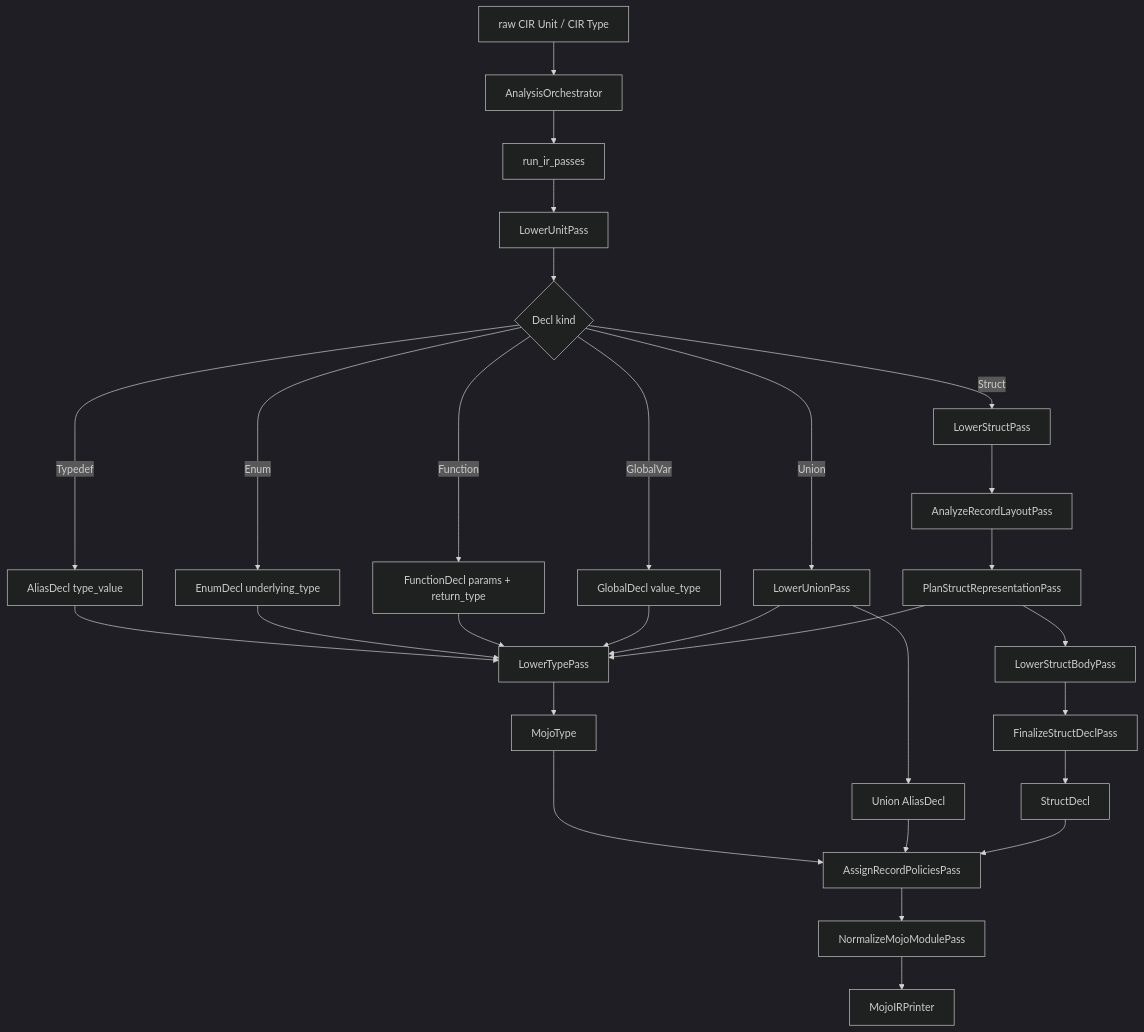
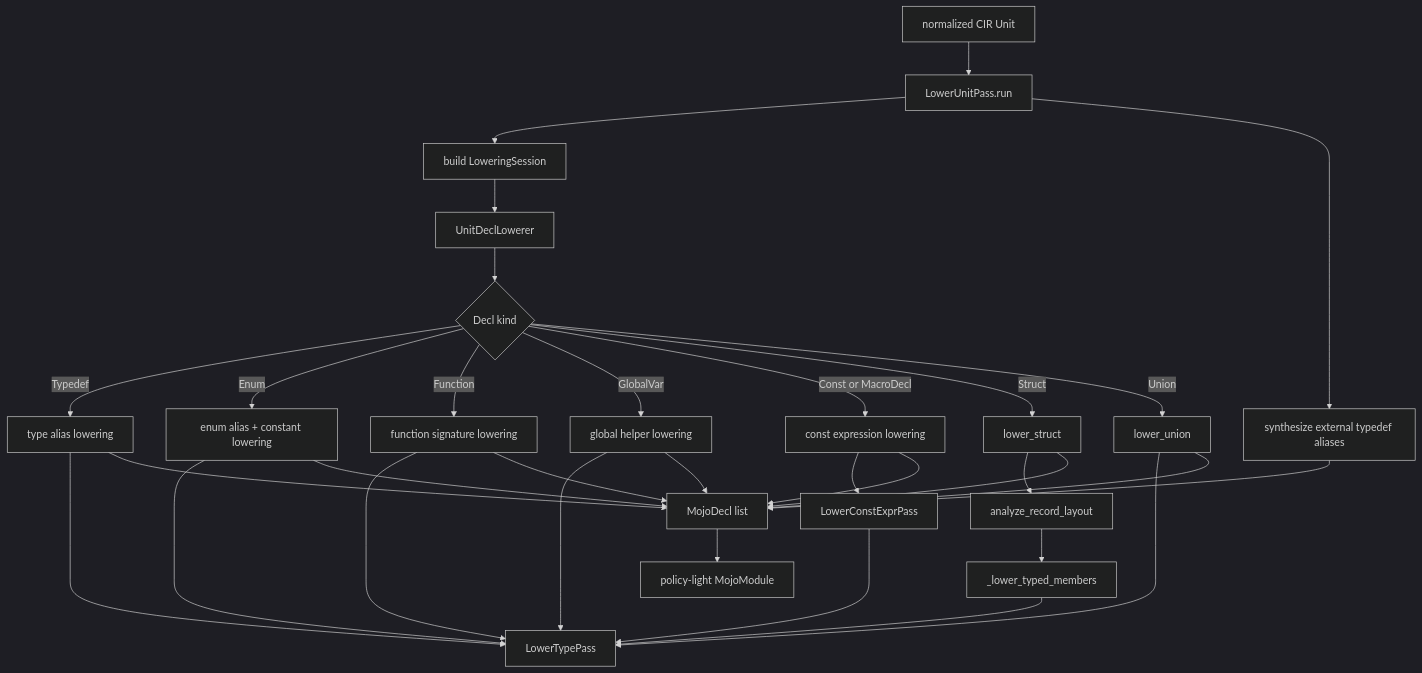
One commit to MoSafi2/mojo_bindgen changed the diagram in docs/analysis_type_lowering_pipeline.md. Above: the diagram before and after it, drawn with Mermaid (dark theme). The commit also changed other lines of this file and 5 other files, not shown here.

````diff
--- a/docs/analysis_type_lowering_pipeline.md
+++ b/docs/analysis_type_lowering_pipeline.md
@@ -8,36 +8,39 @@
 ```mermaid
 flowchart TD
-    A[raw CIR Unit / CIR Type] --> B[AnalysisOrchestrator]
-    B --> C[run_ir_passes]
-    C --> D[LowerUnitPass]
+    A[normalized CIR Unit] --> B[LowerUnitPass.run]
+    B --> C[build LoweringSession]
+    C --> D[UnitDeclLowerer]
 
-    D --> E{Decl kind}
-    E -->|Typedef| F[AliasDecl type_value]
-    E -->|Enum| G[EnumDecl underlying_type]
-    E -->|Function| H[FunctionDecl params + return_type]
-    E -->|GlobalVar| I[GlobalDecl value_type]
-    E -->|Union| J[LowerUnionPass]
-    E -->|Struct| K[LowerStructPass]
+    B --> E[synthesize external typedef aliases]
 
-    F --> LT[LowerTypePass]
-    G --> LT
-    H --> LT
-    I --> LT
-    J --> LT
+    D --> F{Decl kind}
+    F -->|Typedef| G[type alias lowering]
+    F -->|Enum| H[enum alias + constant lowering]
+    F -->|Function| I[function signature lowering]
+    F -->|GlobalVar| J[global helper lowering]
+    F -->|Const or MacroDecl| K[const expression lowering]
+    F -->|Struct| L[lower_struct]
+    F -->|Union| M[lower_union]
 
-    K --> RL[AnalyzeRecordLayoutPass]
-    RL --> RP[PlanStructRepresentationPass]
-    RP --> LT
-    RP --> LB[LowerStructBodyPass]
-    LB --> FD[FinalizeStructDeclPass]
+    G --> N[LowerTypePass]
+    H --> N
+    I --> N
+    J --> N
+    K --> O[LowerConstExprPass]
+    O --> N
+    L --> P[analyze_record_layout]
+    P --> Q[_lower_typed_members]
+    Q --> N
+    M --> N
 
-    LT --> MT[MojoType]
-    J --> UO[Union AliasDecl]
-    FD --> SO[StructDecl]
+    E --> R[MojoDecl list]
+    G --> R
+    H --> R
+    I --> R
+    J --> R
+    K --> R
+    L --> R
+    M --> R
 
-    MT --> AP[AssignRecordPoliciesPass]
-    UO --> AP
-    SO --> AP
-    AP --> NM[NormalizeMojoModulePass]
-    NM --> PR[MojoIRPrinter]
+    R --> S[policy-light MojoModule]
 ```
````
